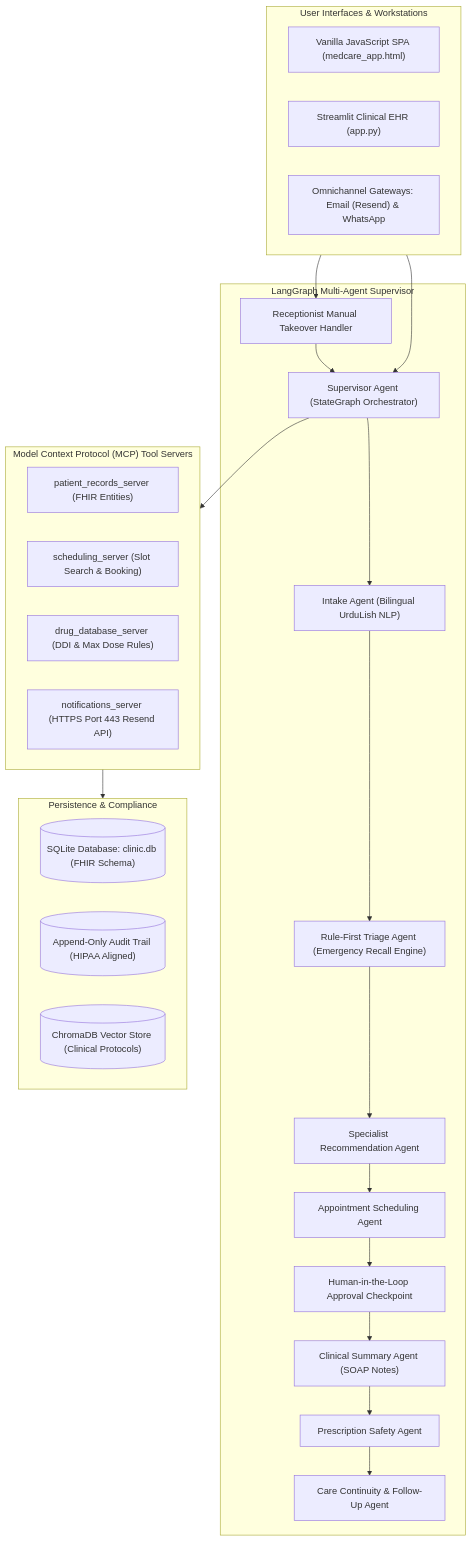
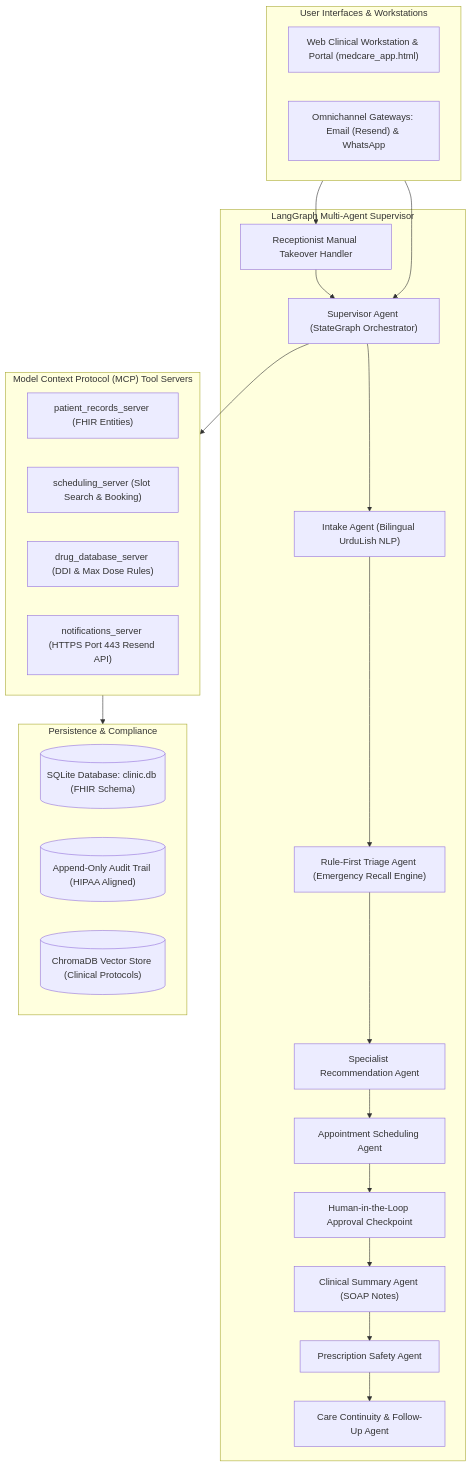
One commit to SairaF-Dev/multi_agent_ai_clinic_assistant changed the diagram in README.md. Above: the diagram before and after it, drawn with Mermaid. The commit also changed other lines of this file and 3 other files, not shown here.

Commit message:
chore: remove redundant Streamlit app and dependencies for single clean full-stack architecture

````diff
--- a/README.md
+++ b/README.md
@@ -12,49 +12,48 @@
 ```mermaid
 flowchart TD
     subgraph ClientLayer["User Interfaces & Workstations"]
-        UI_SPA["Vanilla JavaScript SPA (medcare_app.html)"]
-        UI_ST["Streamlit Clinical EHR (app.py)"]
+        UI_SPA["Web Clinical Workstation & Portal (medcare_app.html)"]
         CLIENT_EXT["Omnichannel Gateways: Email (Resend) & WhatsApp"]
     end
 
     subgraph OrchestrationLayer["LangGraph Multi-Agent Supervisor"]
         SUPERVISOR["Supervisor Agent (StateGraph Orchestrator)"]
         INTAKE["Intake Agent (Bilingual UrduLish NLP)"]
         TRIAGE["Rule-First Triage Agent (Emergency Recall Engine)"]
         SPECIALIST["Specialist Recommendation Agent"]
         SCHEDULING["Appointment Scheduling Agent"]
         SOAP_GEN["Clinical Summary Agent (SOAP Notes)"]
         RX_SAFETY["Prescription Safety Agent"]
         FOLLOWUP["Care Continuity & Follow-Up Agent"]
         HITL_CHECK["Human-in-the-Loop Approval Checkpoint"]
         MANUAL_OVERRIDE["Receptionist Manual Takeover Handler"]
     end
 
     subgraph ToolLayer["Model Context Protocol (MCP) Tool Servers"]
         MCP_PAT["patient_records_server (FHIR Entities)"]
         MCP_SCHED["scheduling_server (Slot Search & Booking)"]
         MCP_DRUG["drug_database_server (DDI & Max Dose Rules)"]
         MCP_NOTIF["notifications_server (HTTPS Port 443 Resend API)"]
     end
 
     subgraph DataLayer["Persistence & Compliance"]
         DB_SQLITE[("SQLite Database: clinic.db (FHIR Schema)")]
         AUDIT_TRAIL[("Append-Only Audit Trail (HIPAA Aligned)")]
         CHROMA_RAG[("ChromaDB Vector Store (Clinical Protocols)")]
     end
 
     ClientLayer --> SUPERVISOR
     SUPERVISOR --> INTAKE
     INTAKE --> TRIAGE
     TRIAGE --> SPECIALIST
     SPECIALIST --> SCHEDULING
     SCHEDULING --> HITL_CHECK
     HITL_CHECK --> SOAP_GEN
     SOAP_GEN --> RX_SAFETY
     RX_SAFETY --> FOLLOWUP
 
     SUPERVISOR --> ToolLayer
     ToolLayer --> DataLayer
     ClientLayer --> MANUAL_OVERRIDE
     MANUAL_OVERRIDE --> SUPERVISOR
 ```
````
